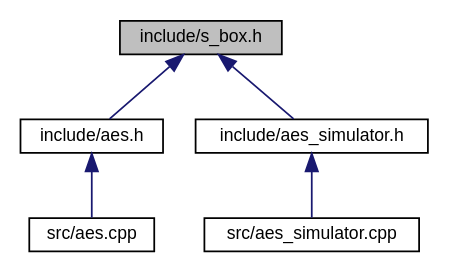
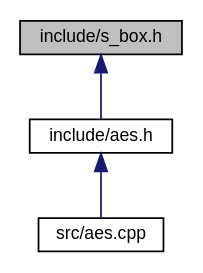
The diagram in docs/s__box_8h__dep__incl.dot (Eric-Durr/PRCT06-AES), drawn with Graphviz before and after one commit. The commit also changed 35 other files, not shown here.

```diff
--- a/docs/s__box_8h__dep__incl.dot
+++ b/docs/s__box_8h__dep__incl.dot
@@ -1,15 +1,11 @@
 digraph "include/s_box.h"
 {
  // LATEX_PDF_SIZE
   edge [fontname="Helvetica",fontsize="10",labelfontname="Helvetica",labelfontsize="10"];
   node [fontname="Helvetica",fontsize="10",shape=record];
   Node1 [label="include/s_box.h",height=0.2,width=0.4,color="black", fillcolor="grey75", style="filled", fontcolor="black",tooltip=" "];
   Node1 -> Node2 [dir="back",color="midnightblue",fontsize="10",style="solid",fontname="Helvetica"];
   Node2 [label="include/aes.h",height=0.2,width=0.4,color="black", fillcolor="white", style="filled",URL="$aes_8h.html",tooltip=" "];
   Node2 -> Node3 [dir="back",color="midnightblue",fontsize="10",style="solid",fontname="Helvetica"];
   Node3 [label="src/aes.cpp",height=0.2,width=0.4,color="black", fillcolor="white", style="filled",URL="$aes_8cpp.html",tooltip=" "];
-  Node1 -> Node4 [dir="back",color="midnightblue",fontsize="10",style="solid",fontname="Helvetica"];
-  Node4 [label="include/aes_simulator.h",height=0.2,width=0.4,color="black", fillcolor="white", style="filled",URL="$aes__simulator_8h.html",tooltip=" "];
-  Node4 -> Node5 [dir="back",color="midnightblue",fontsize="10",style="solid",fontname="Helvetica"];
-  Node5 [label="src/aes_simulator.cpp",height=0.2,width=0.4,color="black", fillcolor="white", style="filled",URL="$aes__simulator_8cpp.html",tooltip=" "];
 }
```
